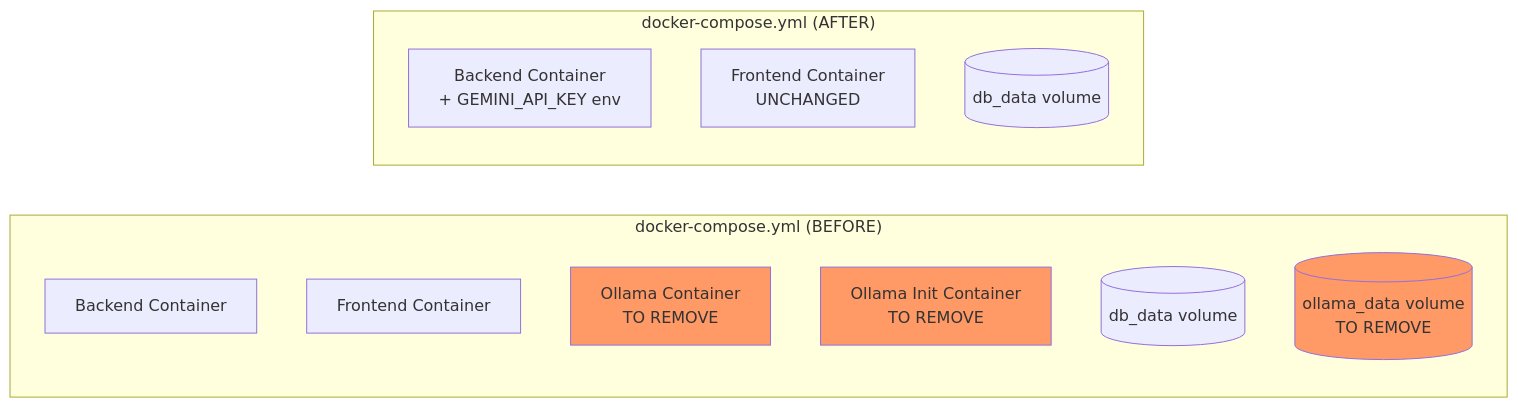
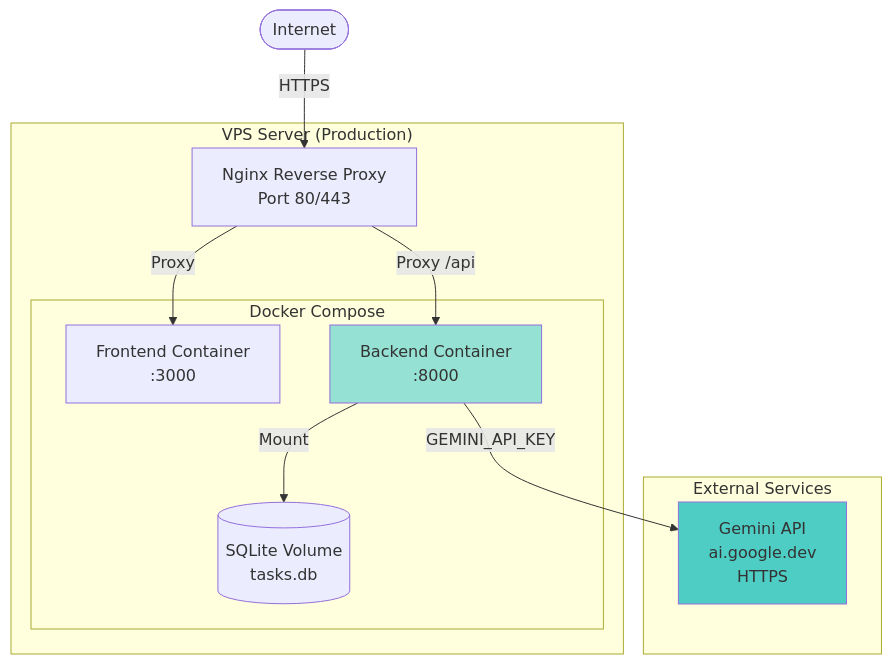
The seventh of 7 diagrams in specs/006-gemini-llm/architecture.md (manicqin2/task_master), drawn with Mermaid before and after one commit. The commit also changed other lines of this file and 2 other files, not shown here.

First line of the commit message:
docs: Complete Feature 006 specification with architecture diagrams and quantified criteria

````diff
--- a/specs/006-gemini-llm/architecture.md
+++ b/specs/006-gemini-llm/architecture.md
@@ -324,23 +348,28 @@
 ```mermaid
-graph LR
-    subgraph "docker-compose.yml (BEFORE)"
-        B_BACKEND[Backend Container]
-        B_FRONTEND[Frontend Container]
-        B_OLLAMA[Ollama Container<br/>TO REMOVE]
-        B_INIT[Ollama Init Container<br/>TO REMOVE]
+graph TB
+    subgraph "VPS Server (Production)"
+        Nginx[Nginx Reverse Proxy<br/>Port 80/443]
 
-        B_VOL_DB[(db_data volume)]
-        B_VOL_OLL[(ollama_data volume<br/>TO REMOVE)]
+        subgraph "Docker Compose"
+            Frontend[Frontend Container<br/>:3000]
+            Backend[Backend Container<br/>:8000]
+            DB[(SQLite Volume<br/>tasks.db)]
+        end
     end
 
-    subgraph "docker-compose.yml (AFTER)"
-        A_BACKEND[Backend Container<br/>+ GEMINI_API_KEY env]
-        A_FRONTEND[Frontend Container<br/>UNCHANGED]
-
-        A_VOL_DB[(db_data volume)]
+    subgraph "External Services"
+        GeminiAPI[Gemini API<br/>ai.google.dev<br/>HTTPS]
     end
 
-    style B_OLLAMA fill:#f96
-    style B_INIT fill:#f96
-    style B_VOL_OLL fill:#f96
+    Internet([Internet]) -->|HTTPS| Nginx
+    Nginx -->|Proxy| Frontend
+    Nginx -->|Proxy /api| Backend
+    Backend -->|Mount| DB
+    Backend -->|GEMINI_API_KEY| GeminiAPI
+
+    style GeminiAPI fill:#4ecdc4
+    style Backend fill:#95e1d3
+
+    classDef external fill:#4ecdc4,stroke:#0a7373,stroke-width:2px
+    classDef updated fill:#95e1d3,stroke:#0a7373,stroke-width:2px
 ```
````
